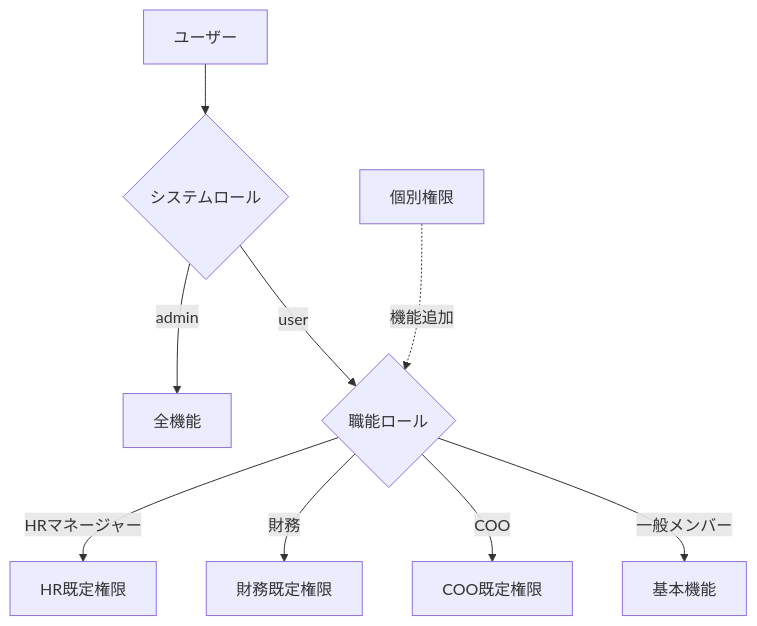
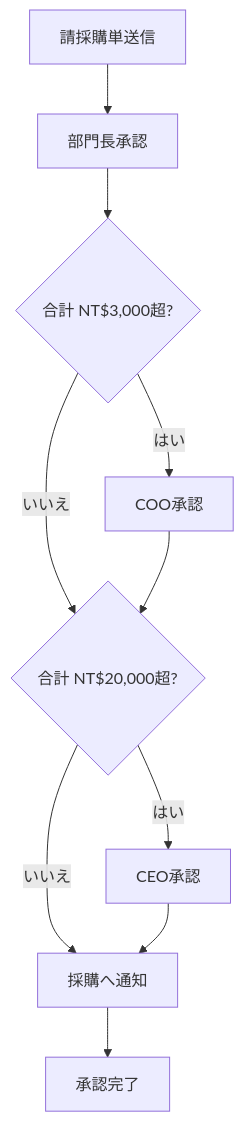
One commit to cancerfreebiotech/myops changed the third of 3 diagrams in docs/generated/ja-admin.md. Above: the diagram before and after it, drawn with Mermaid. The commit also changed other lines of this file and 6 other files, not shown here.

````diff
--- a/docs/generated/ja-admin.md
+++ b/docs/generated/ja-admin.md
@@ -186,11 +1249,12 @@
 ```mermaid
 flowchart TD
-  U[ユーザー] --> R{システムロール}
-  R -->|admin| FULL[全機能]
-  R -->|user| J{職能ロール}
-  J -->|HRマネージャー| HRF[HR既定権限]
-  J -->|財務| FINF[財務既定権限]
-  J -->|COO| COOF[COO既定権限]
-  J -->|一般メンバー| BASE[基本機能]
-  GF[個別権限] -.機能追加.-> J
+    A[請採購単送信] --> B[部門長承認]
+    B --> C{"合計 NT$3,000超?"}
+    C -->|はい| D[COO承認]
+    C -->|いいえ| E{"合計 NT$20,000超?"}
+    D --> E
+    E -->|はい| F[CEO承認]
+    E -->|いいえ| G[採購へ通知]
+    F --> G
+    G --> H[承認完了]
 ```
````
